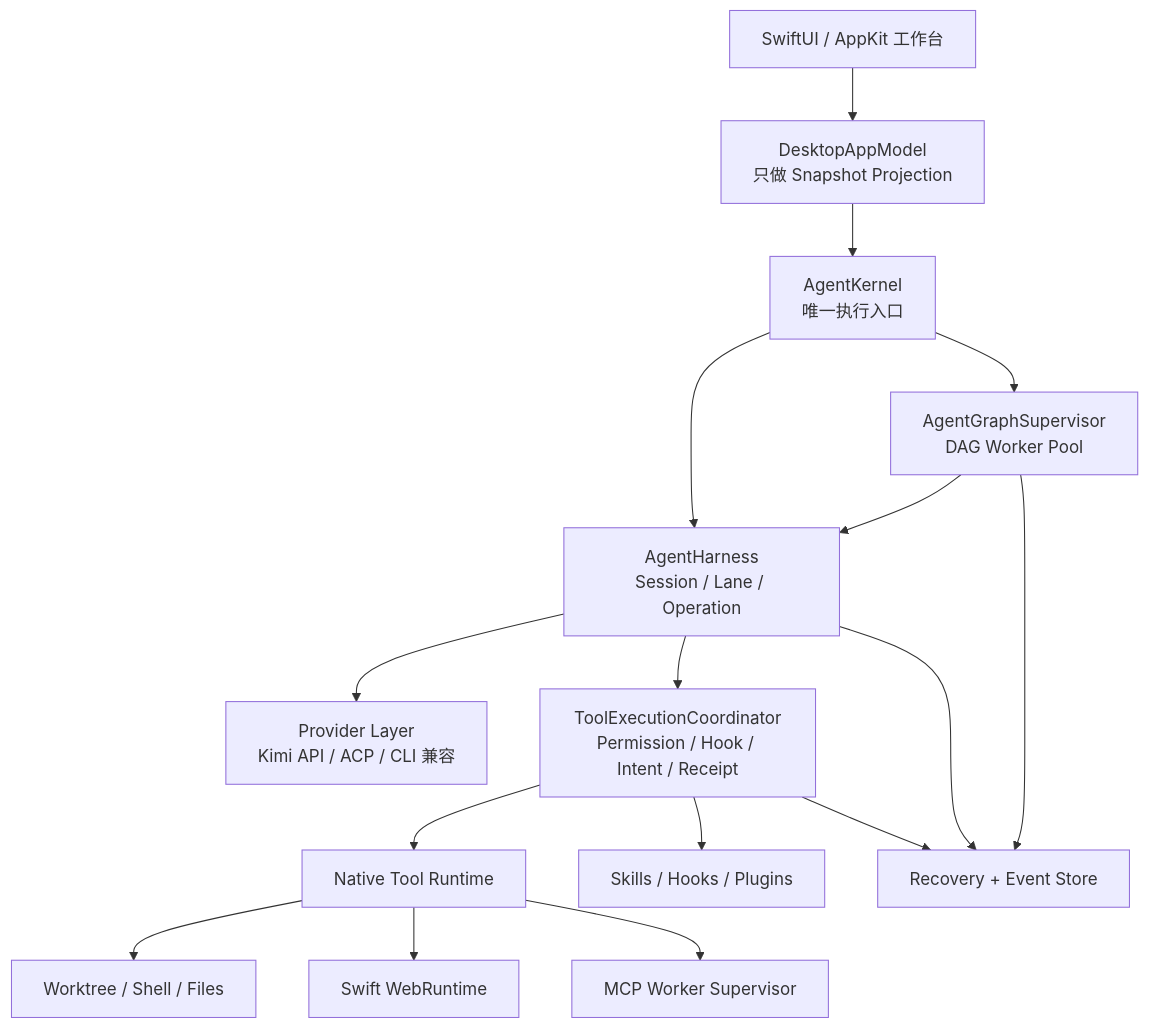
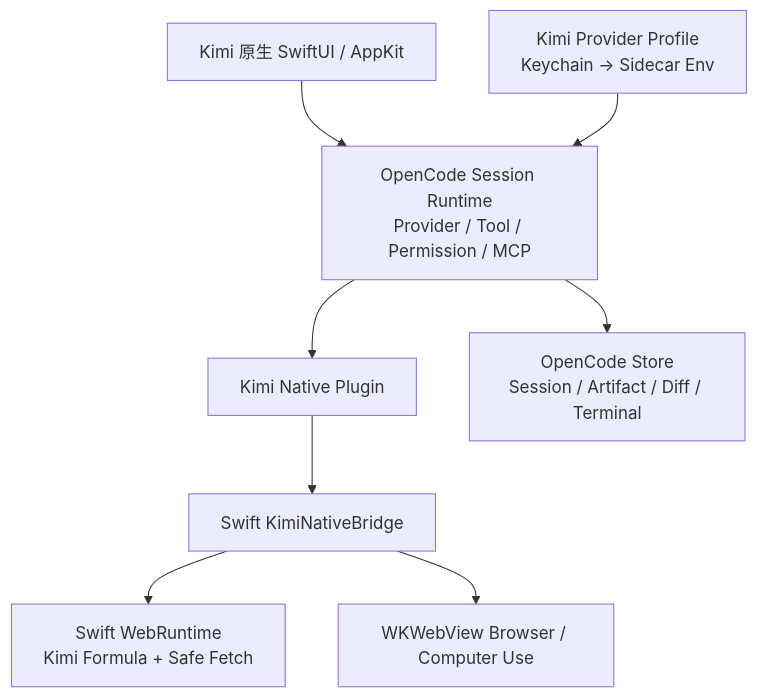
Before and after one commit to shidesheng0218/kimi-code-agent: the second of 2 diagrams in README.md, drawn with Mermaid. The commit also changed other lines of this file and 6572 other files, not shown here.

First line of the commit message:
feat: fuse OpenCode headless runtime into Kimi Code Agent native shell

````diff
--- a/README.md
+++ b/README.md
@@ -167,31 +167,19 @@
 ```mermaid
 flowchart TB
-    UI[SwiftUI / AppKit 工作台]
-    VM[DesktopAppModel<br/>只做 Snapshot Projection]
-    K[AgentKernel<br/>唯一执行入口]
-    H[AgentHarness<br/>Session / Lane / Operation]
-    D[AgentGraphSupervisor<br/>DAG Worker Pool]
-    PR[Provider Layer<br/>Kimi API / ACP / CLI 兼容]
-    TR[ToolExecutionCoordinator<br/>Permission / Hook / Intent / Receipt]
-    RT[Native Tool Runtime]
-    WT[Worktree / Shell / Files]
-    WEB[Swift WebRuntime]
-    MCP[MCP Worker Supervisor]
-    EXT[Skills / Hooks / Plugins]
-    REC[Recovery + Event Store]
+    UI[Kimi 原生 SwiftUI / AppKit]
+    S[OpenCode Session Runtime<br/>Provider / Tool / Permission / MCP]
+    P[Kimi Provider Profile<br/>Keychain → Sidecar Env]
+    NP[Kimi Native Plugin]
+    B[Swift KimiNativeBridge]
+    WEB[Swift WebRuntime<br/>Kimi Formula + Safe Fetch]
+    MAC[WKWebView Browser / Computer Use]
+    OC[OpenCode Store<br/>Session / Artifact / Diff / Terminal]
 
-    UI --> VM --> K
-    K --> H
-    K --> D
-    H --> PR
-    D --> H
-    H --> TR
-    TR --> RT
-    RT --> WT
-    RT --> WEB
-    RT --> MCP
-    TR --> EXT
-    H --> REC
-    D --> REC
-    TR --> REC
+    UI --> S
+    P --> S
+    S --> OC
+    S --> NP
+    NP --> B
+    B --> WEB
+    B --> MAC
 ```
````
